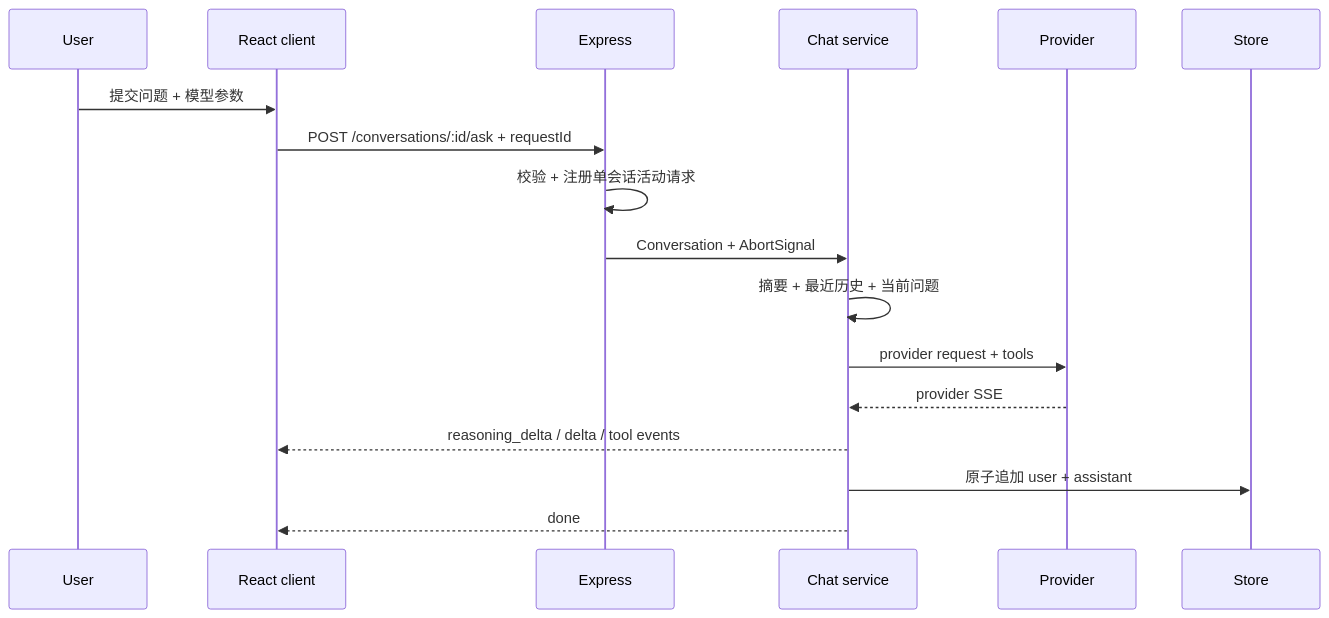
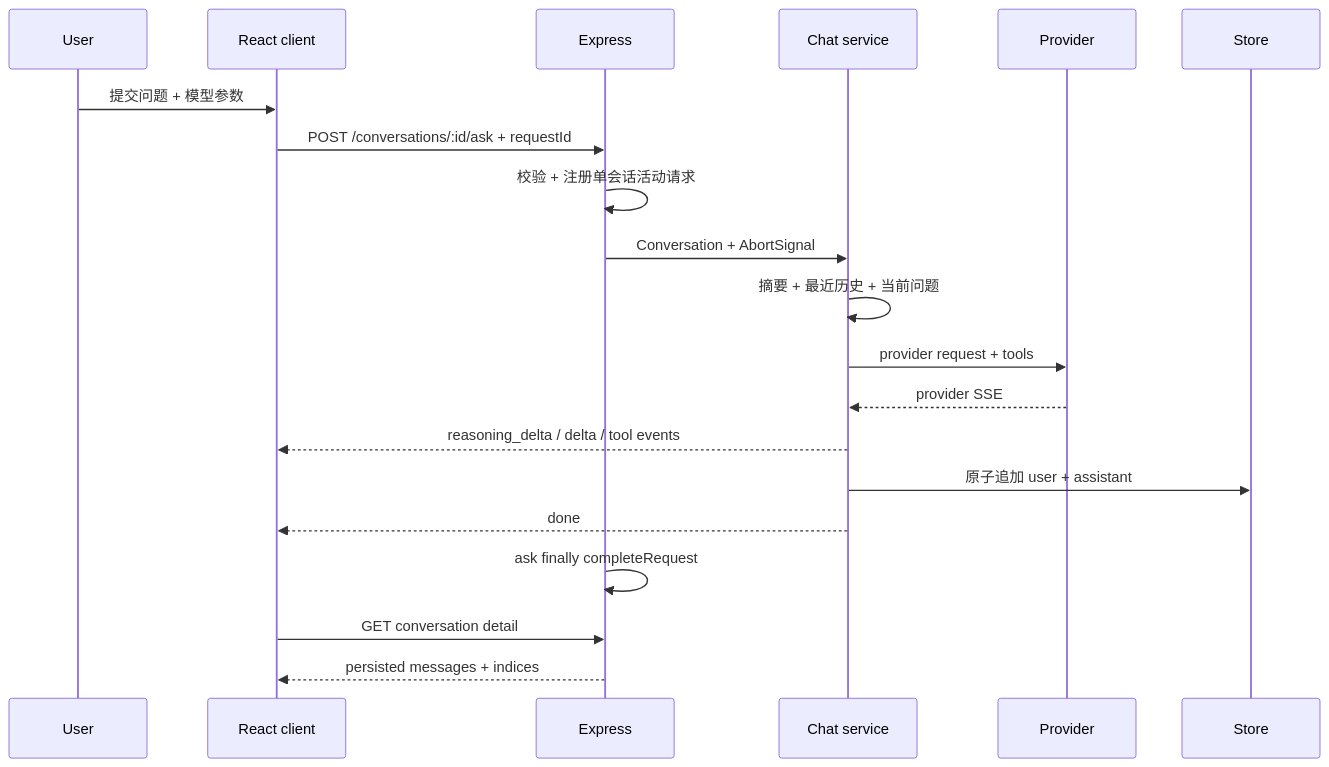
One commit to imingsmings/chatbot-dev changed the fifth of 8 diagrams in docs/architecture.md. Above: the diagram before and after it, drawn with Mermaid. The commit also changed other lines of this file and 5 other files, not shown here.

Commit message:
docs(roadmap): record R16 hardening

````diff
--- a/docs/architecture.md
+++ b/docs/architecture.md
@@ -165,20 +165,23 @@
 ```mermaid
 sequenceDiagram
   participant U as User
   participant C as React client
   participant E as Express
   participant S as Chat service
   participant P as Provider
   participant D as Store
 
   U->>C: 提交问题 + 模型参数
   C->>E: POST /conversations/:id/ask + requestId
   E->>E: 校验 + 注册单会话活动请求
   E->>S: Conversation + AbortSignal
   S->>S: 摘要 + 最近历史 + 当前问题
   S->>P: provider request + tools
   P-->>S: provider SSE
   S-->>C: reasoning_delta / delta / tool events
   S->>D: 原子追加 user + assistant
   S-->>C: done
+  E->>E: ask finally completeRequest
+  C->>E: GET conversation detail
+  E-->>C: persisted messages + indices
 ```
````
